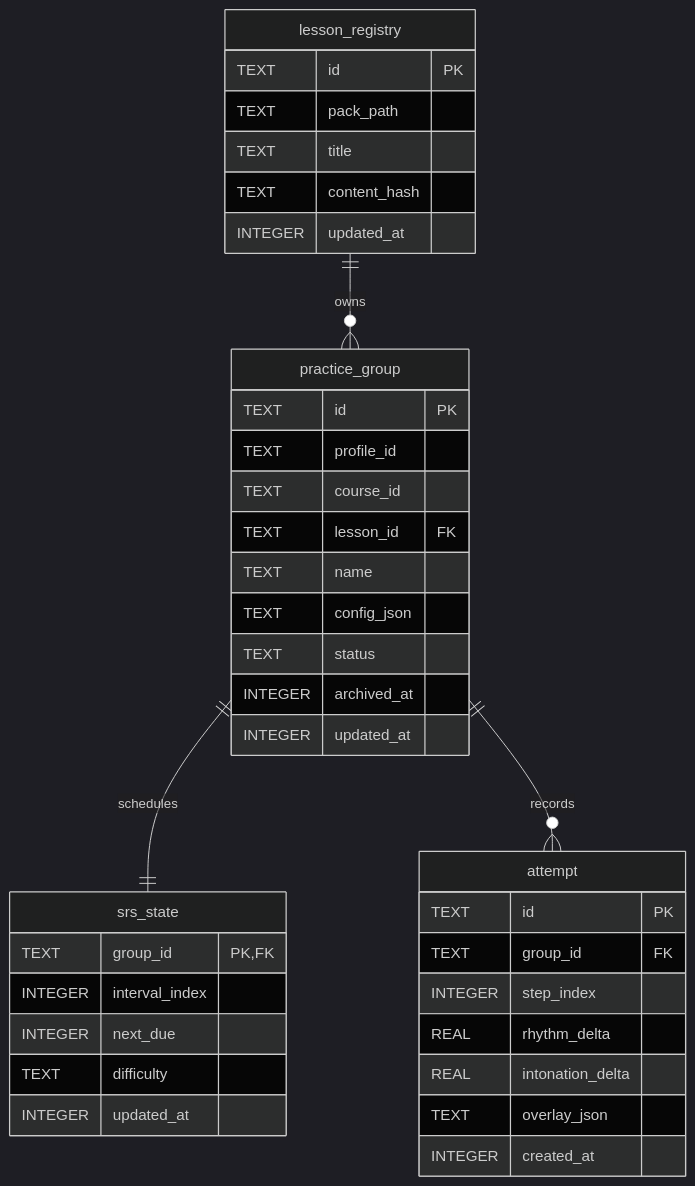
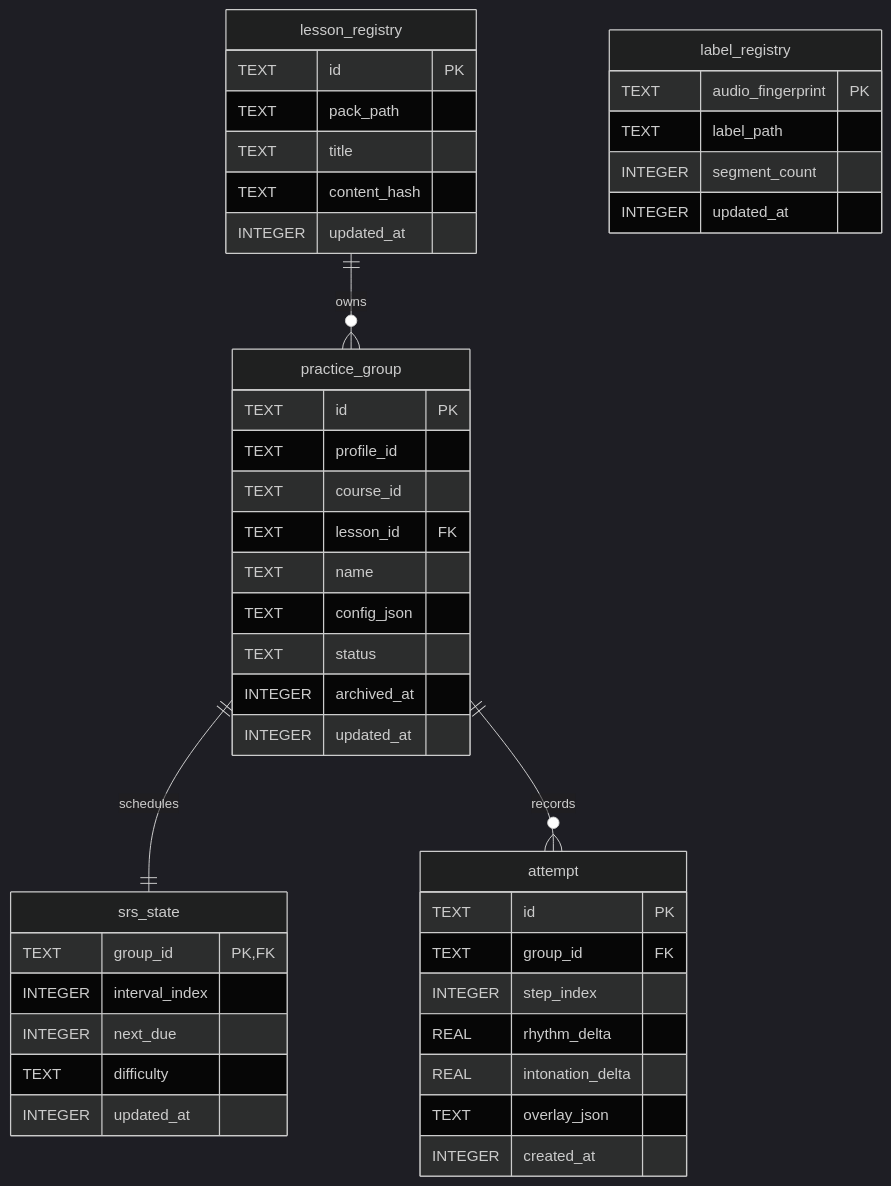
The diagram in spec-syllable-repeater/knowledge/code/syllable-repeater/backend-database.md (karenli628/syllable-repeater), drawn with Mermaid (dark theme) before and after one commit. The commit also changed other lines of this file and 10 other files, not shown here.

````diff
--- a/spec-syllable-repeater/knowledge/code/syllable-repeater/backend-database.md
+++ b/spec-syllable-repeater/knowledge/code/syllable-repeater/backend-database.md
@@ -103,44 +117,51 @@
 ```mermaid
 erDiagram
     lesson_registry ||--o{ practice_group : owns
     practice_group ||--|| srs_state : schedules
     practice_group ||--o{ attempt : records
 
     lesson_registry {
         TEXT id PK
         TEXT pack_path
         TEXT title
         TEXT content_hash
         INTEGER updated_at
     }
 
     practice_group {
         TEXT id PK
         TEXT profile_id
         TEXT course_id
         TEXT lesson_id FK
         TEXT name
         TEXT config_json
         TEXT status
         INTEGER archived_at
         INTEGER updated_at
     }
 
     srs_state {
         TEXT group_id PK,FK
         INTEGER interval_index
         INTEGER next_due
         TEXT difficulty
         INTEGER updated_at
     }
 
     attempt {
         TEXT id PK
         TEXT group_id FK
         INTEGER step_index
         REAL rhythm_delta
         REAL intonation_delta
         TEXT overlay_json
         INTEGER created_at
     }
+
+    label_registry {
+        TEXT audio_fingerprint PK
+        TEXT label_path
+        INTEGER segment_count
+        INTEGER updated_at
+    }
 ```
````
